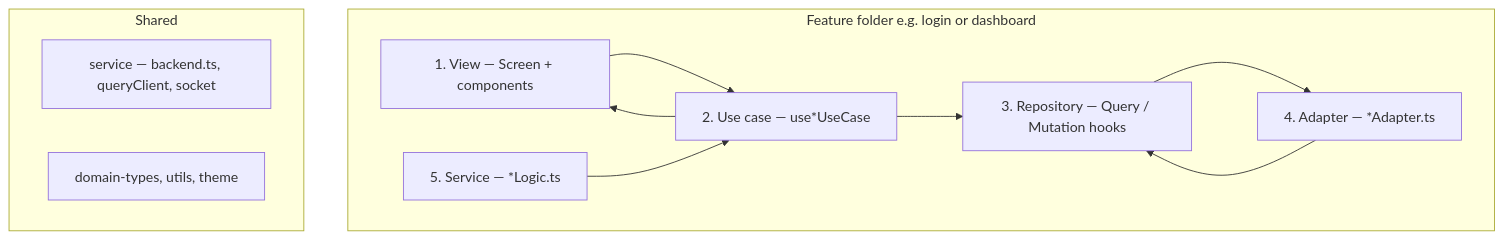
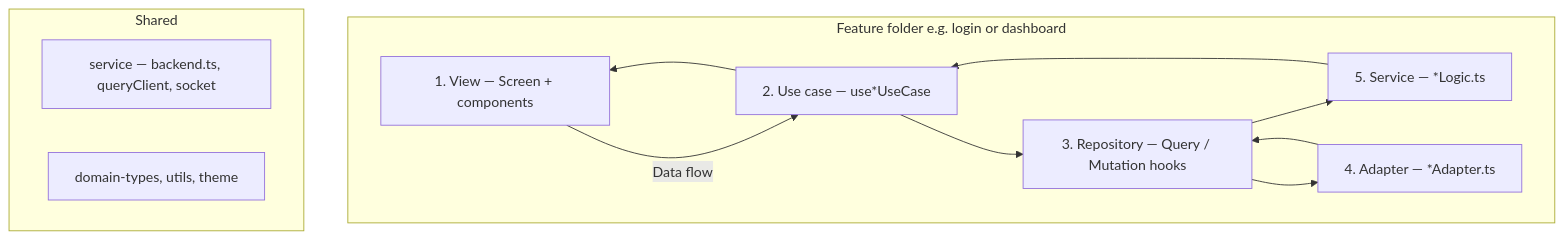
The diagram in wired-frontend/README.md (wizzywit/wired), drawn with Mermaid before and after one commit.

Commit message:
updated README.md for wired-frontend

````diff
--- a/wired-frontend/README.md
+++ b/wired-frontend/README.md
@@ -47,22 +47,23 @@
 ```mermaid
 flowchart TB
   subgraph feature [Feature folder e.g. login or dashboard]
     V[1. View — Screen + components]
     UC[2. Use case — use*UseCase]
     R[3. Repository — Query / Mutation hooks]
     A[4. Adapter — *Adapter.ts]
     S[5. Service — *Logic.ts]
   end
 
   subgraph shared [Shared]
     SVC[service — backend.ts, queryClient, socket]
     DOM[domain-types, utils, theme]
   end
 
-  V --> UC
+  V -->|Data flow|UC
   UC --> V
   UC --> R
   S --> UC
+  R --> S
   R --> A
   A --> R
 ```
````
